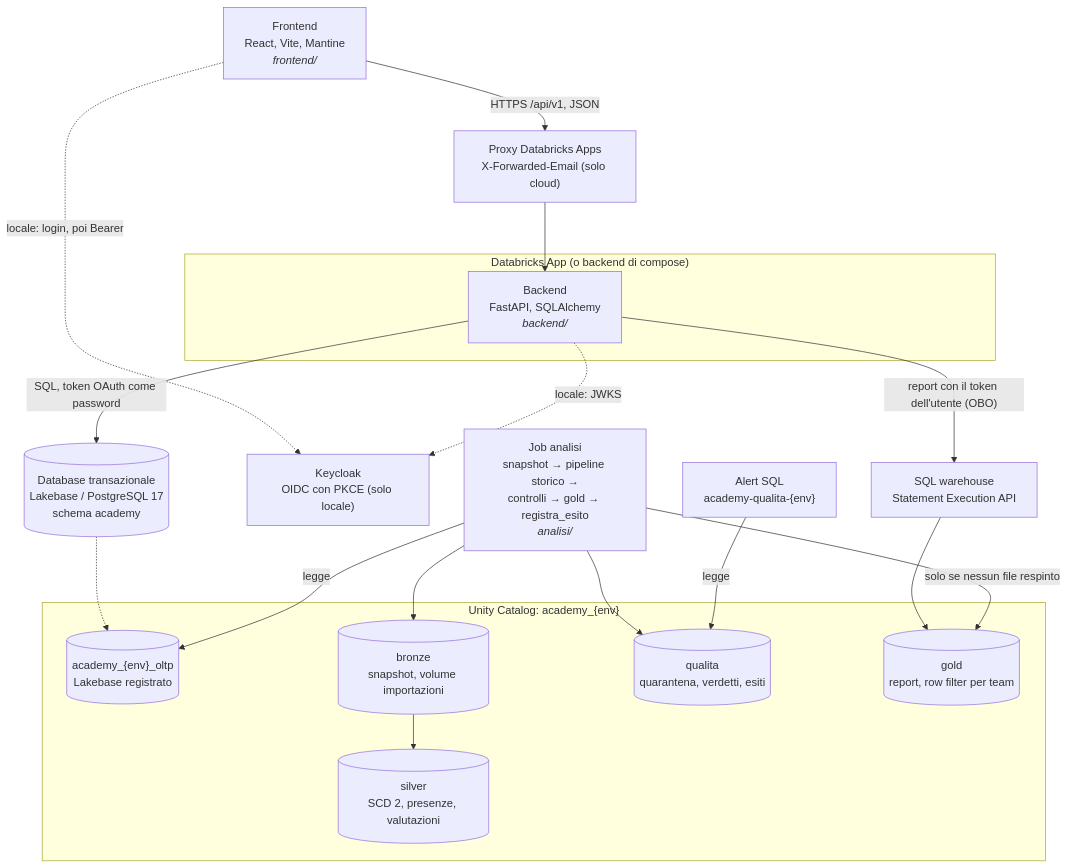
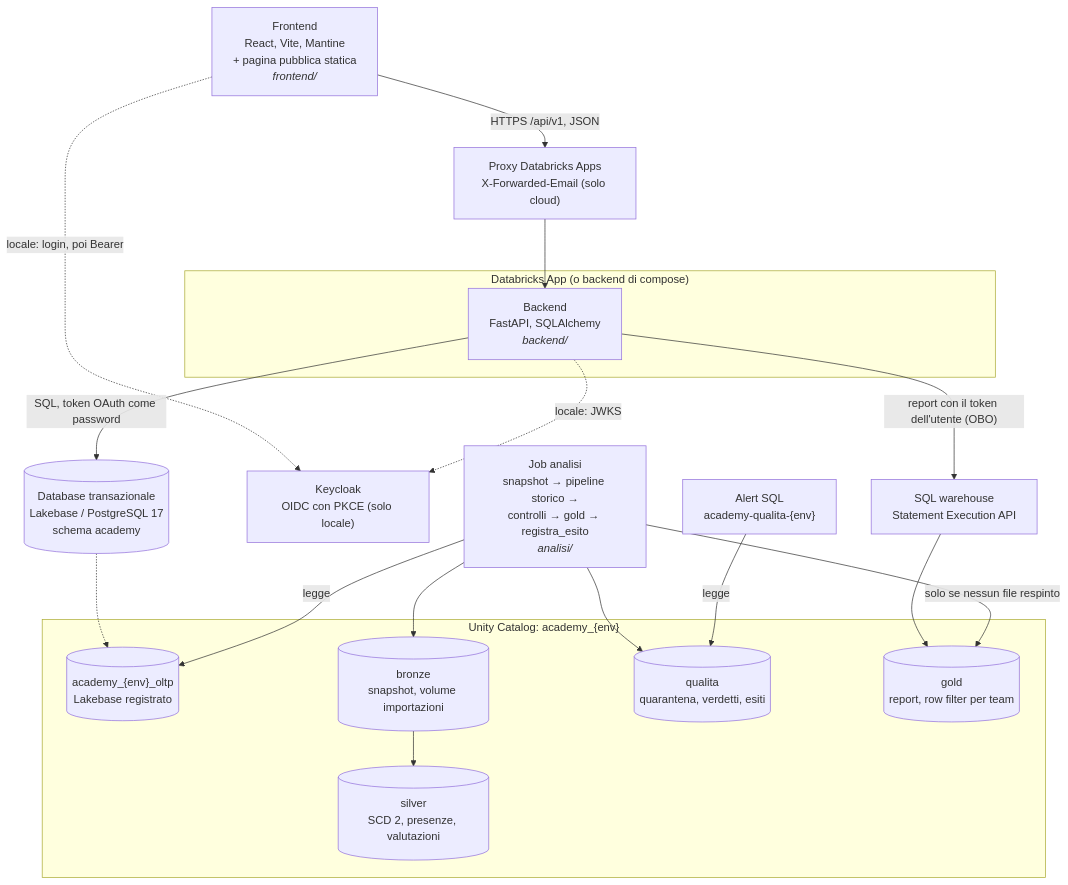
One commit to fabiocampus/academy-hub changed the second of 4 diagrams in docs/architettura.md. Above: the diagram before and after it, drawn with Mermaid. The commit also changed other lines of this file and 75 other files, not shown here.

First line of the commit message:
feat(frontend): nuova interfaccia con la taste-skill e pagina pubblica (#125)

````diff
--- a/docs/architettura.md
+++ b/docs/architettura.md
@@ -32,32 +32,32 @@
 ```mermaid
 flowchart TB
-    browser["Frontend<br/>React, Vite, Mantine<br/><i>frontend/</i>"]
+    browser["Frontend<br/>React, Vite, Mantine<br/>+ pagina pubblica statica<br/><i>frontend/</i>"]
     subgraph app["Databricks App (o backend di compose)"]
         api["Backend<br/>FastAPI, SQLAlchemy<br/><i>backend/</i>"]
     end
     db[("Database transazionale<br/>Lakebase / PostgreSQL 17<br/>schema academy")]
     idp["Proxy Databricks Apps<br/>X-Forwarded-Email (solo cloud)"]
     kc["Keycloak<br/>OIDC con PKCE (solo locale)"]
     subgraph uc["Unity Catalog: academy_{env}"]
         oltp[("academy_{env}_oltp<br/>Lakebase registrato")]
         bronze[("bronze<br/>snapshot, volume importazioni")]
         silver[("silver<br/>SCD 2, presenze, valutazioni")]
         qual[("qualita<br/>quarantena, verdetti, esiti")]
         gold[("gold<br/>report, row filter per team")]
     end
     job["Job analisi<br/>snapshot → pipeline storico →<br/>controlli → gold → registra_esito<br/><i>analisi/</i>"]
     wh["SQL warehouse<br/>Statement Execution API"]
     alert["Alert SQL<br/>academy-qualita-{env}"]
 
     browser -- "HTTPS /api/v1, JSON" --> idp --> api
     browser -. "locale: login, poi Bearer" .-> kc
     api -. "locale: JWKS" .-> kc
     api -- "SQL, token OAuth come password" --> db
     api -- "report con il token dell'utente (OBO)" --> wh --> gold
     db -.-> oltp
     job -- legge --> oltp
     job --> bronze --> silver
     job --> qual
     job -- "solo se nessun file respinto" --> gold
     alert -- legge --> qual
 ```
````
